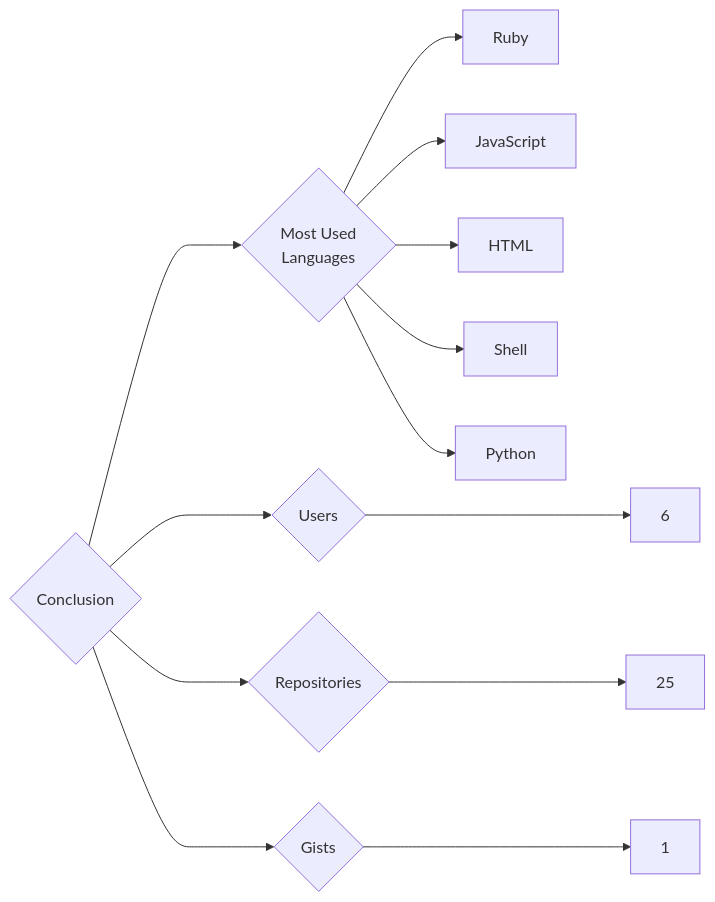
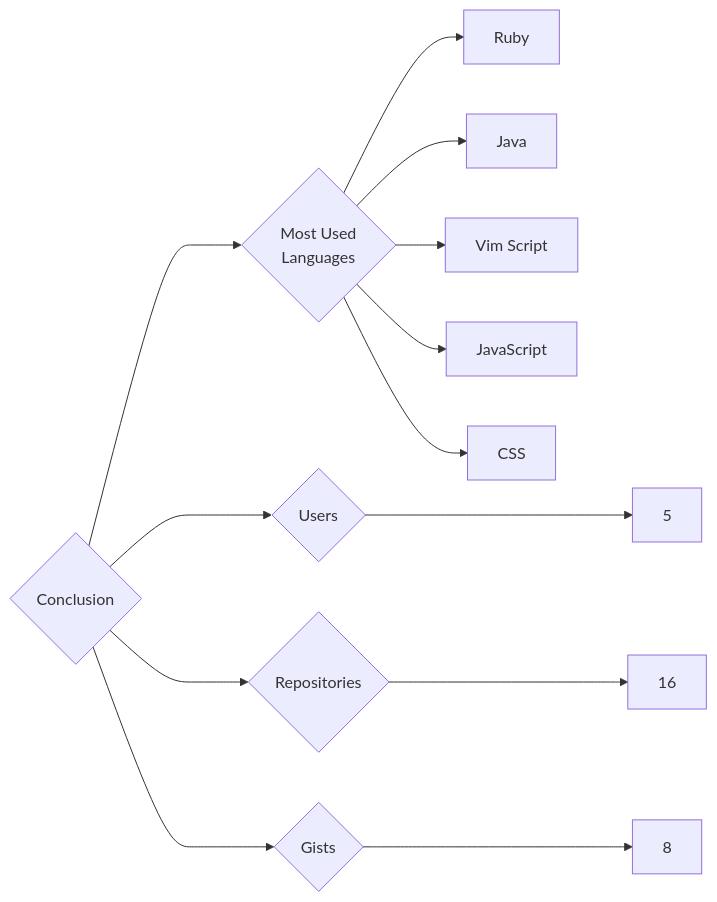
One commit to trickest/insiders changed the diagram in targets/Conclusion/README.md. Above: the diagram before and after it, drawn with Mermaid. The commit also changed 1003 other files, not shown here.

````diff
--- a/targets/Conclusion/README.md
+++ b/targets/Conclusion/README.md
@@ -3,13 +3,13 @@
 ```mermaid
 graph LR
 COMPANY_NAME{Conclusion}
-COMPANY_NAME ---> U{Users} ---> UN[6]
-COMPANY_NAME ---> R{Repositories} ---> RN[25]
-COMPANY_NAME ---> G{Gists} ---> GN[1]
+COMPANY_NAME ---> U{Users} ---> UN[5]
+COMPANY_NAME ---> R{Repositories} ---> RN[16]
+COMPANY_NAME ---> G{Gists} ---> GN[8]
 COMPANY_NAME ---> ML{Most Used<br>Languages}
 ML --> Ruby[Ruby]
+ML --> Java[Java]
+ML --> Vim_Script[Vim Script]
 ML --> JavaScript[JavaScript]
-ML --> HTML[HTML]
-ML --> Shell[Shell]
-ML --> Python[Python]
+ML --> CSS[CSS]
 ```
````
